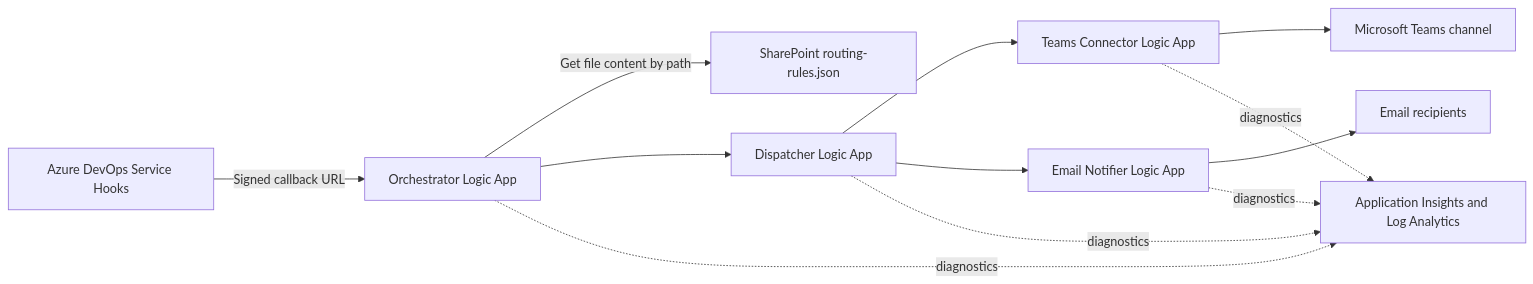
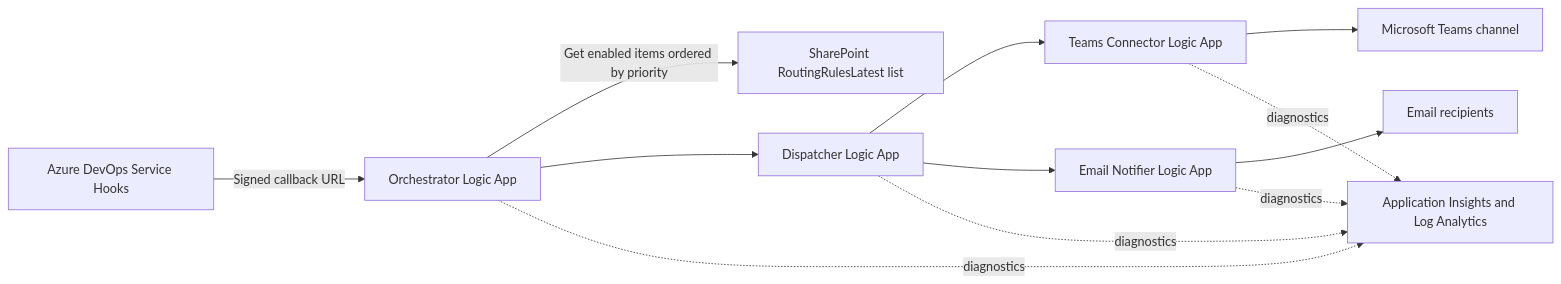
Before and after one commit to shwetabodhankar/notifications_poc: the diagram in docs/architecture.md, drawn with Mermaid. The commit also changed other lines of this file and 12 other files, not shown here.

````diff
--- a/docs/architecture.md
+++ b/docs/architecture.md
@@ -5,14 +5,14 @@
 ```mermaid
 flowchart LR
     ADO[Azure DevOps Service Hooks] -->|Signed callback URL| ORCH[Orchestrator Logic App]
-    ORCH -->|Get file content by path| SP[SharePoint routing-rules.json]
+    ORCH -->|Get enabled items ordered by priority| SP[SharePoint RoutingRulesLatest list]
     ORCH --> DISP[Dispatcher Logic App]
     DISP --> TEAMS[Teams Connector Logic App]
     DISP --> EMAIL[Email Notifier Logic App]
     TEAMS --> CHANNEL[Microsoft Teams channel]
     EMAIL --> RECIPIENTS[Email recipients]
     ORCH -. diagnostics .-> AI[Application Insights and Log Analytics]
     DISP -. diagnostics .-> AI
     TEAMS -. diagnostics .-> AI
     EMAIL -. diagnostics .-> AI
 ```
````
